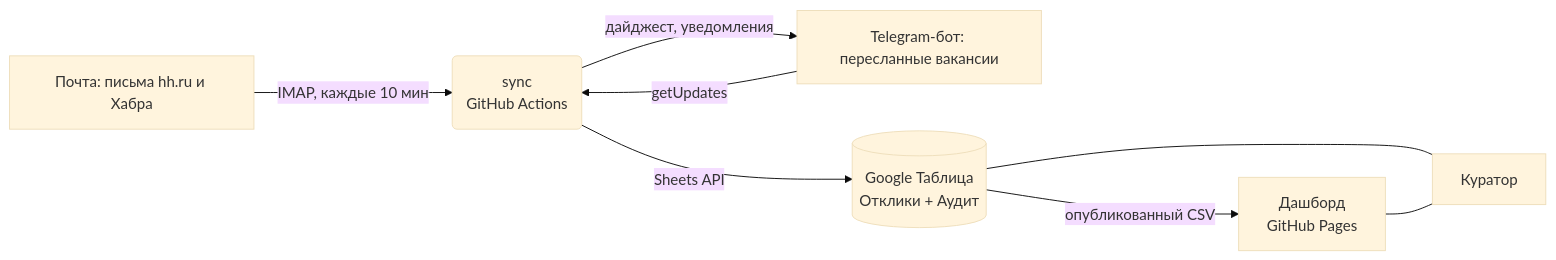
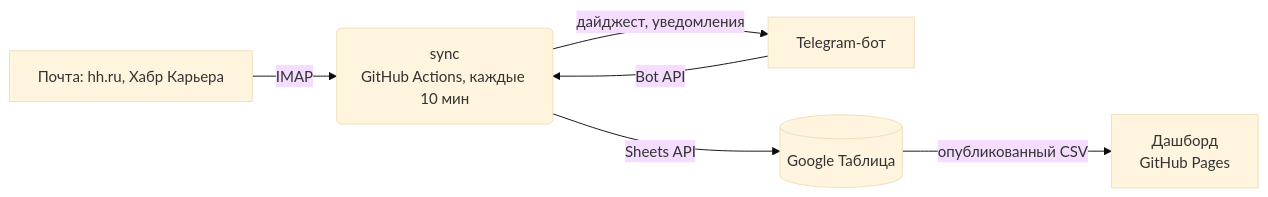
The diagram in README.md (Ruzilya123/jobs-tracker), drawn with Mermaid (base theme) before and after one commit. The commit also changed other lines of this file and 1 other file, not shown here.

````diff
--- a/README.md
+++ b/README.md
@@ -13,10 +17,8 @@
 ```mermaid
 flowchart LR
-  M[Почта: письма hh.ru и Хабра] -->|IMAP, каждые 10 мин| S(sync<br/>GitHub Actions)
-  T[Telegram-бот: пересланные вакансии] -->|getUpdates| S
-  S -->|Sheets API| G[(Google Таблица<br/>Отклики + Аудит)]
+  M[Почта: hh.ru, Хабр Карьера] -->|IMAP| S(sync<br/>GitHub Actions, каждые 10 мин)
+  T[Telegram-бот] -->|Bot API| S
+  S -->|Sheets API| G[(Google Таблица)]
   G -->|опубликованный CSV| D[Дашборд<br/>GitHub Pages]
   S -->|дайджест, уведомления| T
-  G --- K[Куратор]
-  D --- K
 ```
````
